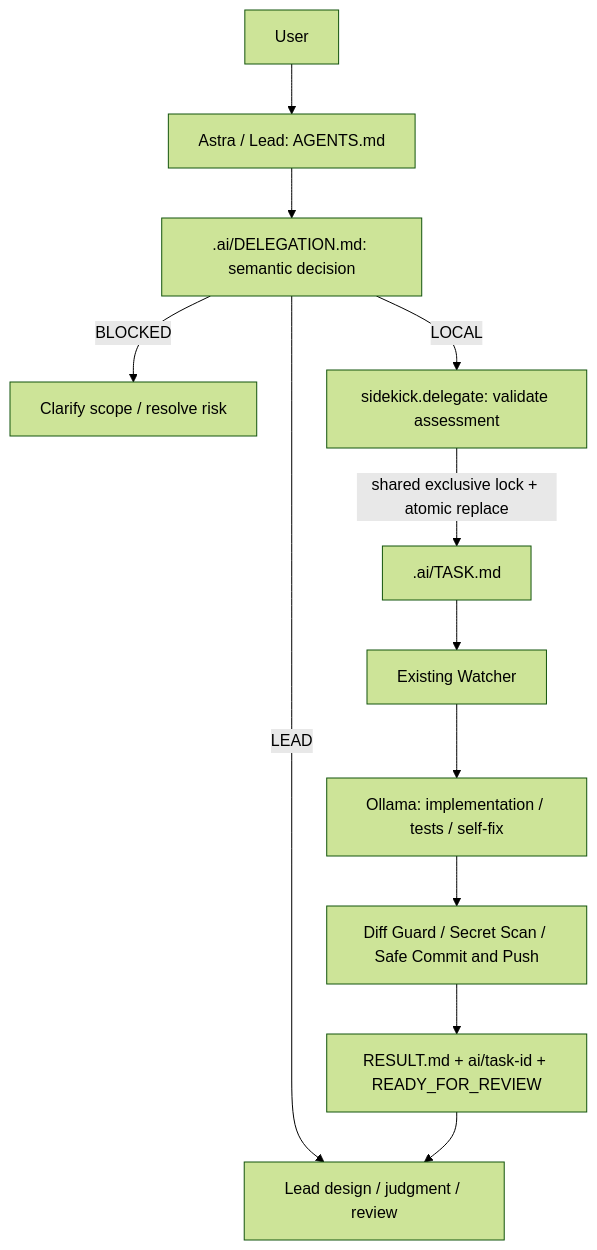
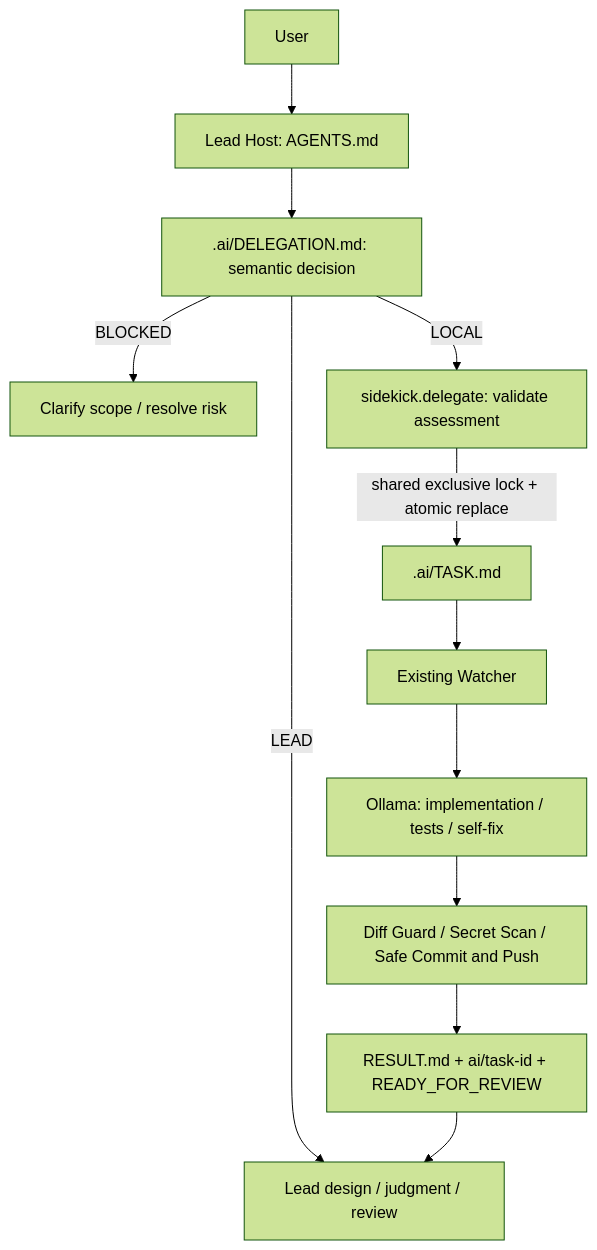
The diagram in docs/architecture.md (moruku36/local-ai-sidekick), drawn with Mermaid (forest theme) before and after one commit. The commit also changed other lines of this file and 5 other files, not shown here.

````diff
--- a/docs/architecture.md
+++ b/docs/architecture.md
@@ -43,14 +43,14 @@
 ```mermaid
 flowchart TD
-    U[User] --> L[Astra / Lead: AGENTS.md]
+    U[User] --> L[Lead Host: AGENTS.md]
     L --> P[.ai/DELEGATION.md: semantic decision]
     P -->|LEAD| D[Lead design / judgment / review]
     P -->|BLOCKED| B[Clarify scope / resolve risk]
     P -->|LOCAL| H[sidekick.delegate: validate assessment]
     H -->|shared exclusive lock + atomic replace| T[.ai/TASK.md]
     T --> W[Existing Watcher]
     W --> O[Ollama: implementation / tests / self-fix]
     O --> G[Diff Guard / Secret Scan / Safe Commit and Push]
     G --> R[RESULT.md + ai/task-id + READY_FOR_REVIEW]
     R --> D
 ```
````
